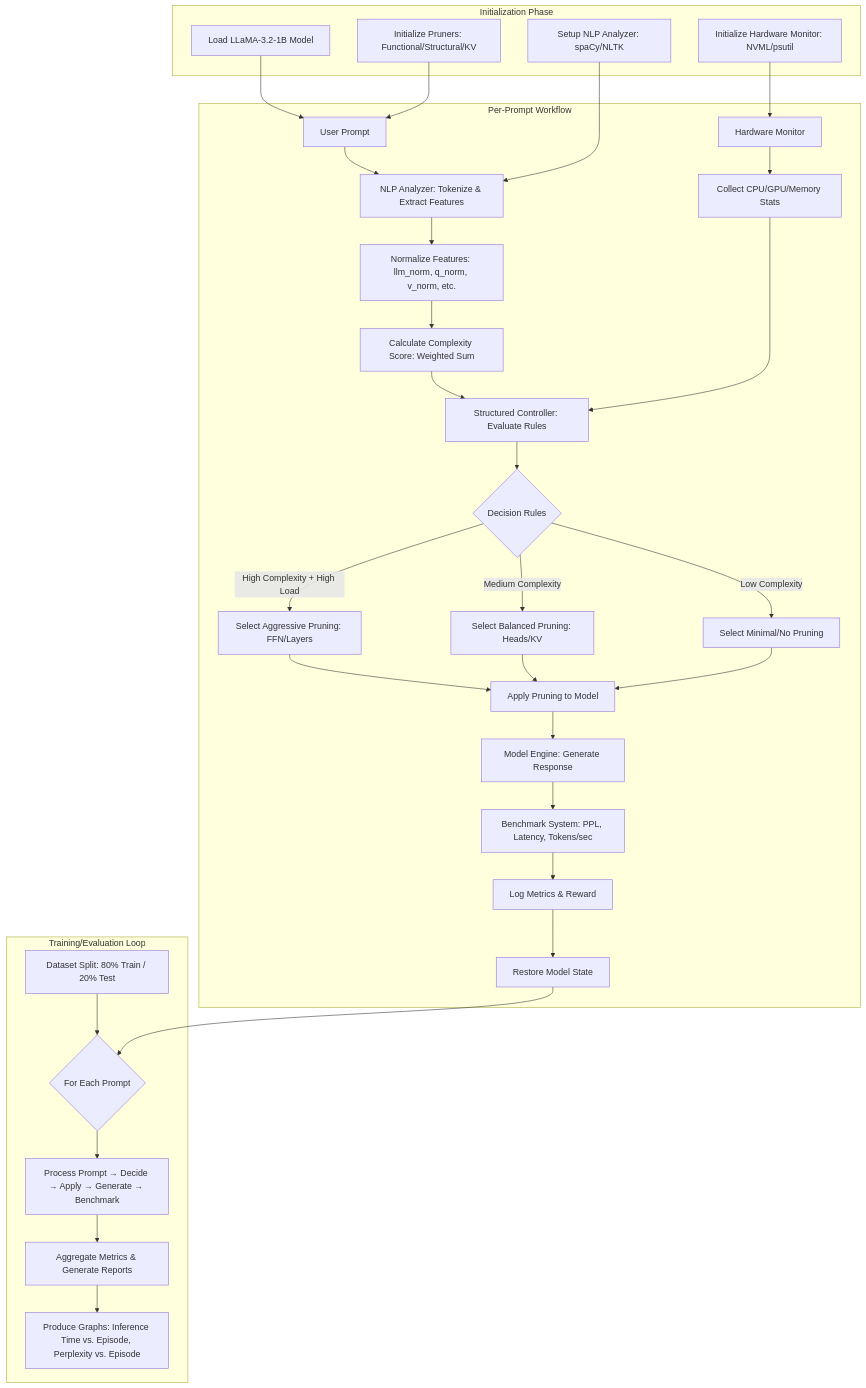
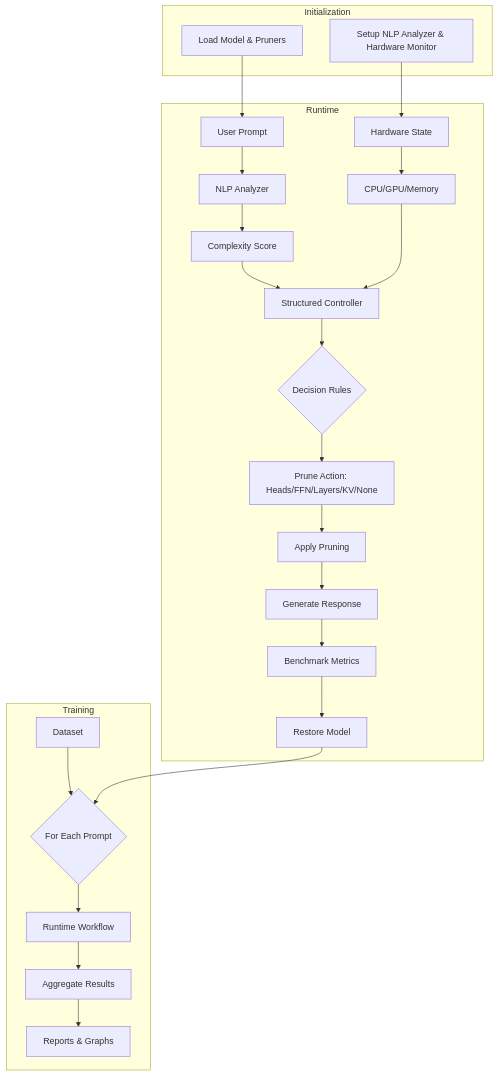
Before and after one commit to asief-iqbal/Thesis: the first of 3 diagrams in README.md, drawn with Mermaid. The commit also changed other lines of this file, not shown here.

````diff
--- a/README.md
+++ b/README.md
@@ -166,42 +166,32 @@
 ```mermaid
-graph TD
-    subgraph "Initialization Phase"
-        A1[Load LLaMA-3.2-1B Model]
-        B1[Initialize Pruners: Functional/Structural/KV]
-        C1[Setup NLP Analyzer: spaCy/NLTK]
-        D1[Initialize Hardware Monitor: NVML/psutil]
+flowchart TD
+    subgraph Initialization
+        A1[Load Model & Pruners]
+        B1[Setup NLP Analyzer & Hardware Monitor]
     end
 
-    subgraph "Per-Prompt Workflow"
-        A[User Prompt] --> B[NLP Analyzer: Tokenize & Extract Features]
-        B --> C[Normalize Features: llm_norm, q_norm, v_norm, etc.]
-        C --> D[Calculate Complexity Score: Weighted Sum]
-        E[Hardware Monitor] --> F[Collect CPU/GPU/Memory Stats]
-        D --> G[Structured Controller: Evaluate Rules]
-        F --> G
-        G --> H{Decision Rules}
-        H -->|High Complexity + High Load| I[Select Aggressive Pruning: FFN/Layers]
-        H -->|Medium Complexity| J[Select Balanced Pruning: Heads/KV]
-        H -->|Low Complexity| K[Select Minimal/No Pruning]
-        I --> L[Apply Pruning to Model]
-        J --> L
-        K --> L
-        L --> M[Model Engine: Generate Response]
-        M --> N[Benchmark System: PPL, Latency, Tokens/sec]
-        N --> O[Log Metrics & Reward]
-        O --> P[Restore Model State]
+    subgraph Runtime
+        A[User Prompt] --> B[NLP Analyzer]
+        B --> C[Complexity Score]
+        D[Hardware State] --> E[CPU/GPU/Memory]
+        C --> F[Structured Controller]
+        E --> F
+        F --> G{Decision Rules}
+        G --> H[Prune Action: Heads/FFN/Layers/KV/None]
+        H --> I[Apply Pruning]
+        I --> J[Generate Response]
+        J --> K[Benchmark Metrics]
+        K --> L[Restore Model]
     end
 
-    subgraph "Training/Evaluation Loop"
-        Q[Dataset Split: 80% Train / 20% Test] --> R{For Each Prompt}
-        R --> S[Process Prompt → Decide → Apply → Generate → Benchmark]
-        S --> T[Aggregate Metrics & Generate Reports]
-        T --> U[Produce Graphs: Inference Time vs. Episode, Perplexity vs. Episode]
+    subgraph Training
+        M[Dataset] --> N{For Each Prompt}
+        N --> O[Runtime Workflow]
+        O --> P[Aggregate Results]
+        P --> Q[Reports & Graphs]
     end
 
     A1 --> A
-    B1 --> A
-    C1 --> B
-    D1 --> E
-    P --> R
+    B1 --> D
+    L --> N
 ```
````
